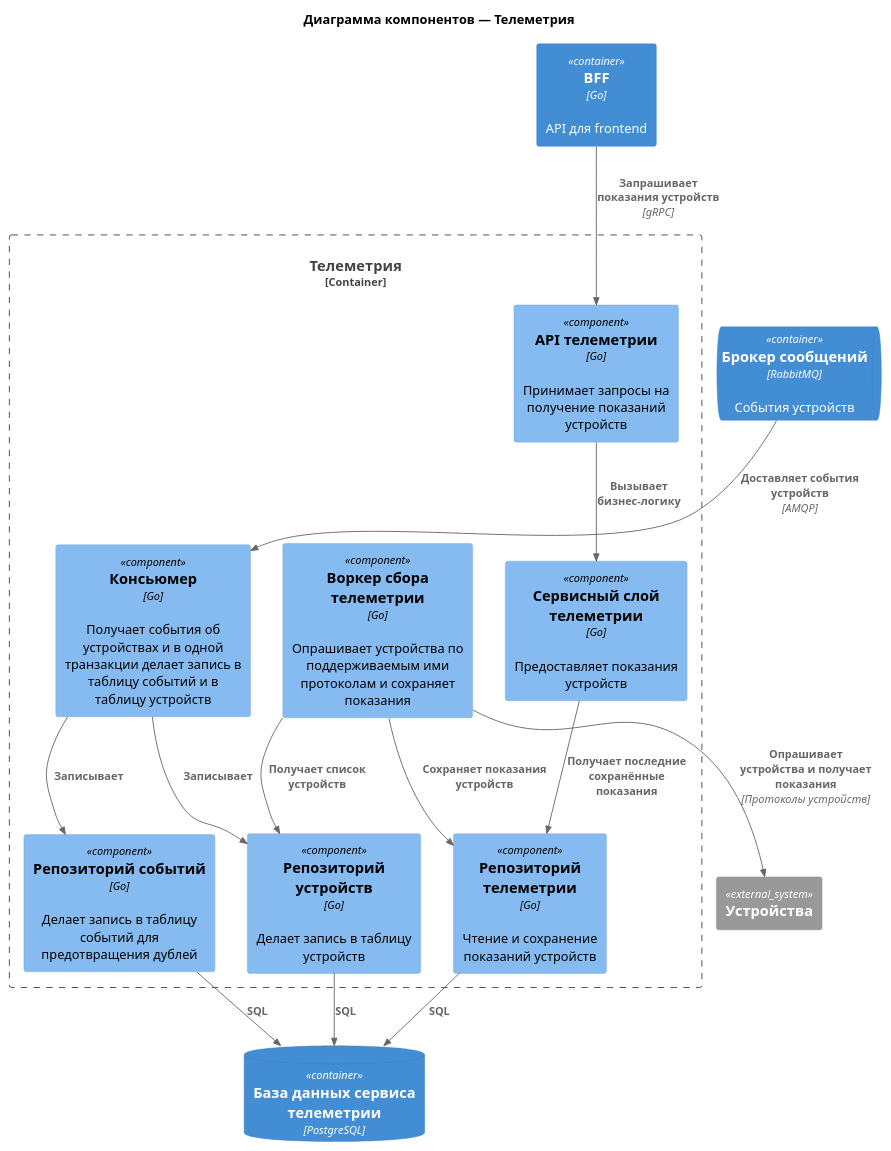
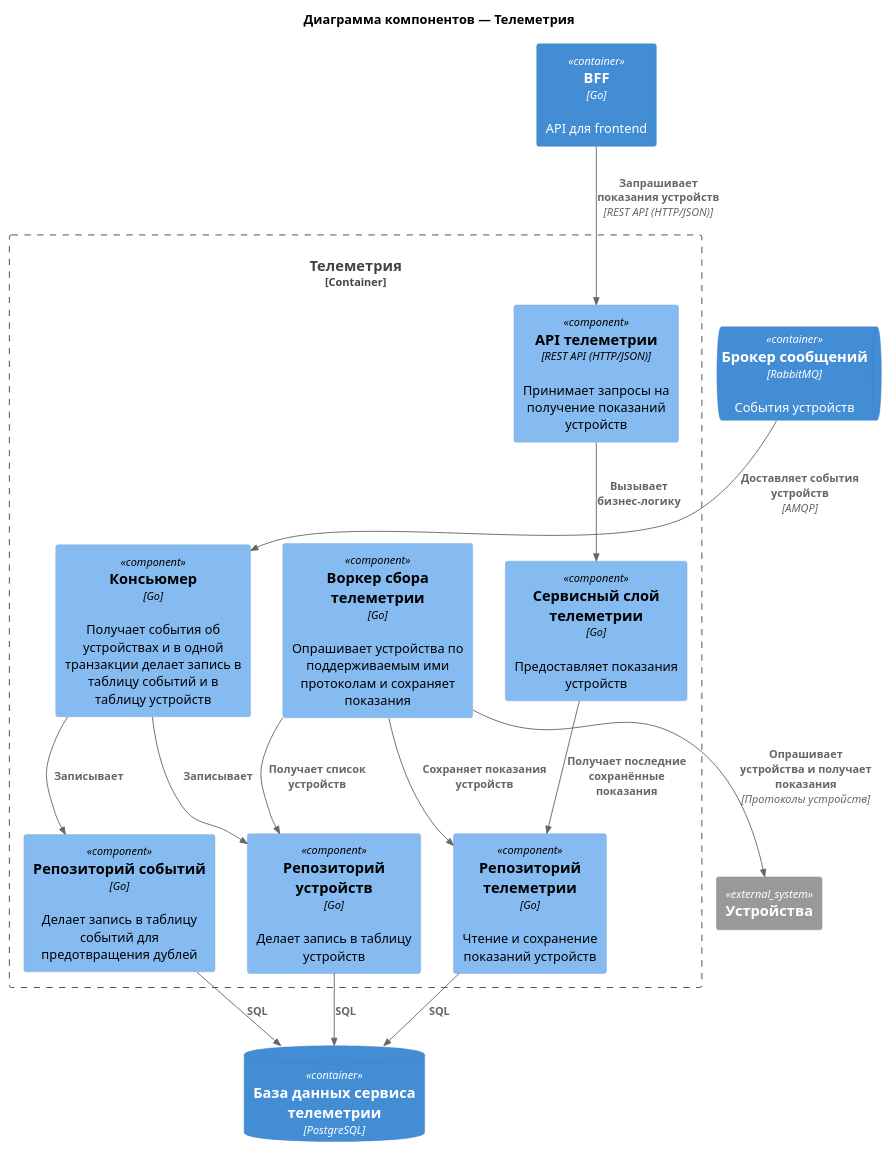
The diagram in schemas/2/component/components-telemetry.puml (NikolosHGW/architecture-pro-warmhouse), drawn with PlantUML before and after one commit. The commit also changed 4 other files, not shown here.

```diff
--- a/schemas/2/component/components-telemetry.puml
+++ b/schemas/2/component/components-telemetry.puml
@@ -1,40 +1,40 @@
 @startuml
 !include <C4/C4_Component>
 
 title Диаграмма компонентов — Телеметрия
 
 Container(bff, "BFF", "Go", "API для frontend")
 ContainerDb(db, "База данных сервиса телеметрии", "PostgreSQL")
 ContainerQueue(rabbit, "Брокер сообщений", "RabbitMQ", "События устройств")
 System_Ext(user_devices, "Устройства")
 
 Container_Boundary(telemetry, "Телеметрия") {
     Component(consumer, "Консьюмер", "Go", "Получает события об устройствах и в одной транзакции делает запись в таблицу событий и в таблицу устройств")
     
     Component(devices_repo, "Репозиторий устройств", "Go", "Делает запись в таблицу устройств")
     
     Component(events_repo, "Репозиторий событий", "Go", "Делает запись в таблицу событий для предотвращения дублей")
     
     Component(worker, "Воркер сбора телеметрии", "Go", "Опрашивает устройства по поддерживаемым ими протоколам и сохраняет показания")
 
-    Component(telemetry_handler, "API телеметрии", "Go", "Принимает запросы на получение показаний устройств")
+    Component(telemetry_handler, "API телеметрии", "REST API (HTTP/JSON)", "Принимает запросы на получение показаний устройств")
 
     Component(telemetry_service, "Сервисный слой телеметрии", "Go", "Предоставляет показания устройств")
     
     Component(telemetry_repo, "Репозиторий телеметрии", "Go", "Чтение и сохранение показаний устройств")
 }
 
 Rel(rabbit, consumer, "Доставляет события устройств", "AMQP")
 Rel(consumer, devices_repo, "Записывает")
 Rel(consumer, events_repo, "Записывает")
 Rel(devices_repo, db, "SQL")
 Rel(events_repo, db, "SQL")
 Rel(worker, devices_repo, "Получает список устройств")
 Rel(worker, user_devices, "Опрашивает устройства и получает показания", "Протоколы устройств")
 Rel(worker, telemetry_repo, "Сохраняет показания устройств")
 Rel(telemetry_repo, db, "SQL")
-Rel(bff, telemetry_handler, "Запрашивает показания устройств", "gRPC")
+Rel(bff, telemetry_handler, "Запрашивает показания устройств", "REST API (HTTP/JSON)")
 Rel(telemetry_handler, telemetry_service, "Вызывает бизнес-логику")
 Rel(telemetry_service, telemetry_repo, "Получает последние сохранённые показания")
 
 @enduml
```
